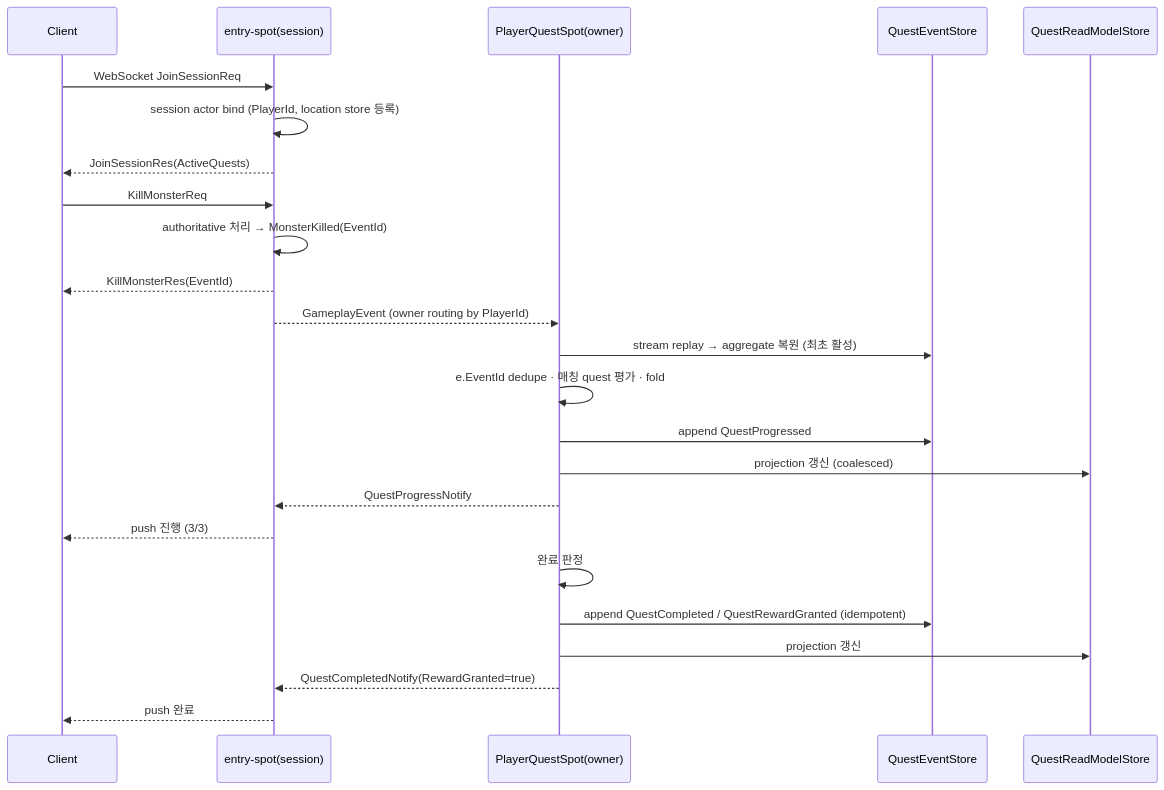
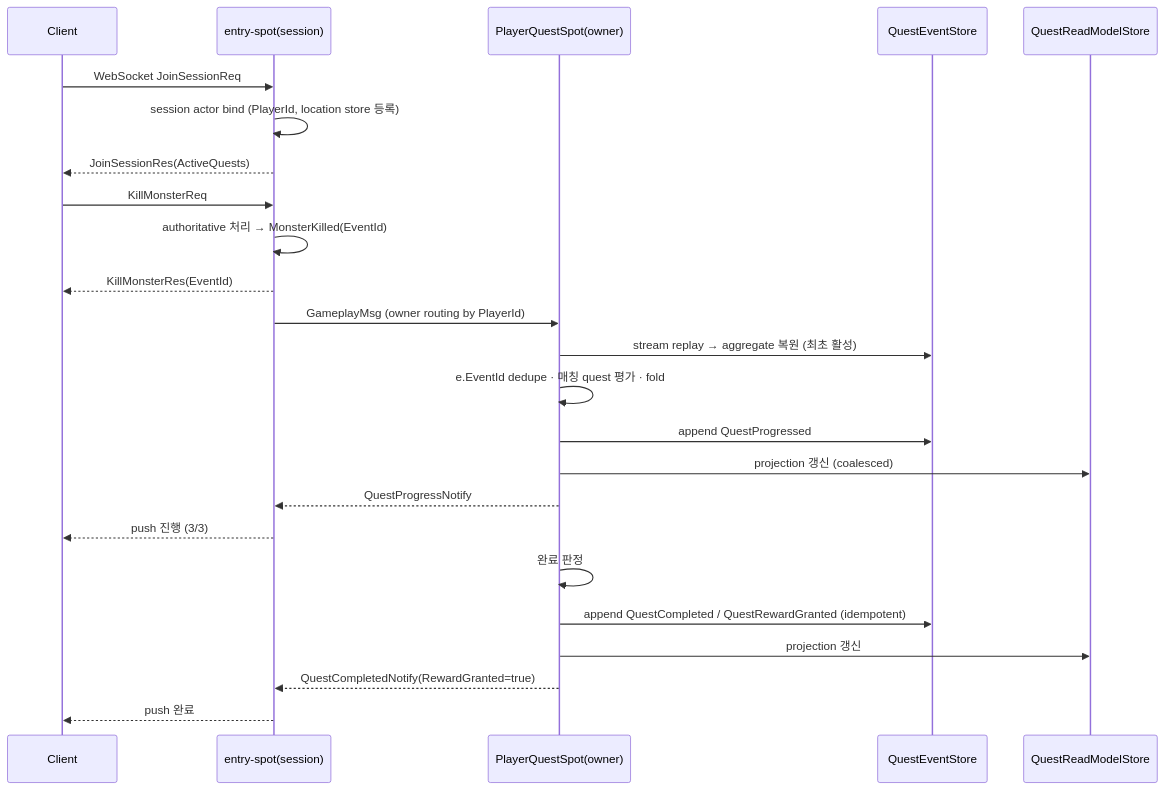
The seventh of 7 diagrams in framework/doc/framework/common/sample/event/gamequest.ko.md (kairos-code-dev/zlink), drawn with Mermaid before and after one commit. The commit also changed other lines of this file and 4 other files, not shown here.

````diff
--- a/framework/doc/framework/common/sample/event/gamequest.ko.md
+++ b/framework/doc/framework/common/sample/event/gamequest.ko.md
@@ -532,30 +546,30 @@
 ```mermaid
 sequenceDiagram
     participant C as Client
     participant ES as entry-spot(session)
     participant P as PlayerQuestSpot(owner)
     participant EVS as QuestEventStore
     participant RM as QuestReadModelStore
 
     C->>ES: WebSocket JoinSessionReq
     ES->>ES: session actor bind (PlayerId, location store 등록)
     ES-->>C: JoinSessionRes(ActiveQuests)
 
     C->>ES: KillMonsterReq
     ES->>ES: authoritative 처리 → MonsterKilled(EventId)
     ES-->>C: KillMonsterRes(EventId)
-    ES-->>P: GameplayEvent (owner routing by PlayerId)
+    ES->>P: GameplayMsg (owner routing by PlayerId)
 
     P->>EVS: stream replay → aggregate 복원 (최초 활성)
     P->>P: e.EventId dedupe · 매칭 quest 평가 · fold
     P->>EVS: append QuestProgressed
     P->>RM: projection 갱신 (coalesced)
     P-->>ES: QuestProgressNotify
     ES-->>C: push 진행 (3/3)
 
     P->>P: 완료 판정
     P->>EVS: append QuestCompleted / QuestRewardGranted (idempotent)
     P->>RM: projection 갱신
     P-->>ES: QuestCompletedNotify(RewardGranted=true)
     ES-->>C: push 완료
 ```
````
